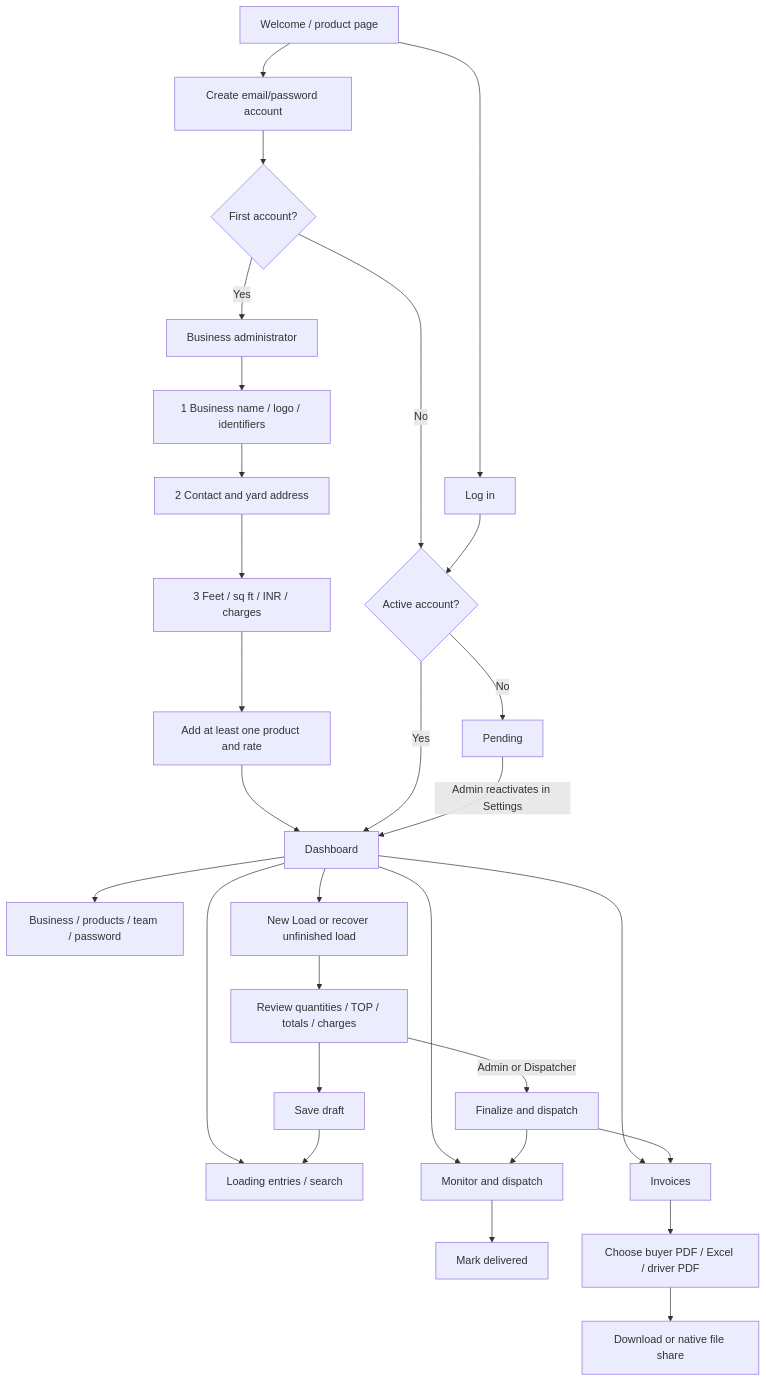
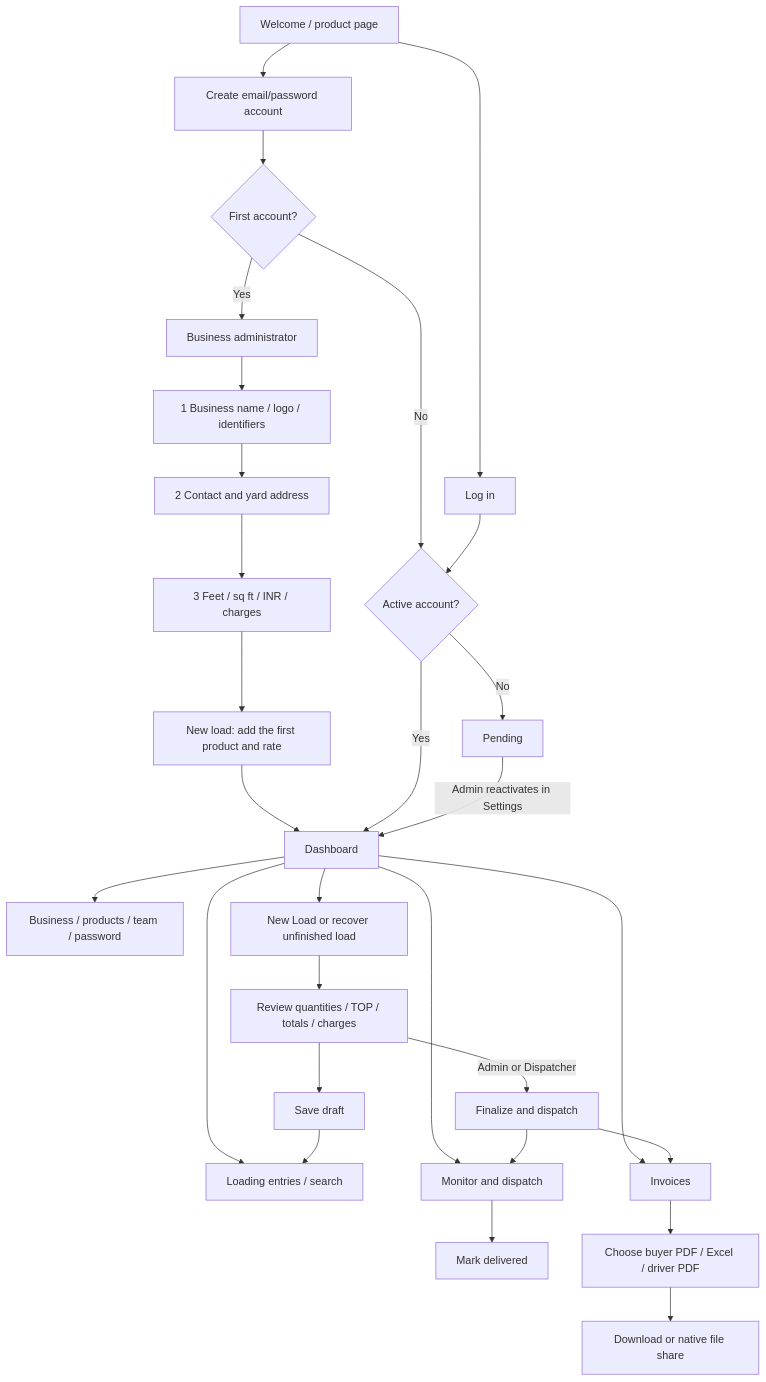
Before and after one commit to Siva-Pavan02/StoneDesk: the diagram in docs/UX-SPEC.md, drawn with Mermaid. The commit also changed other lines of this file and 151 other files, not shown here.

````diff
--- a/docs/UX-SPEC.md
+++ b/docs/UX-SPEC.md
@@ -5,31 +5,31 @@
 ```mermaid
 flowchart TD
     Landing[Welcome / product page] --> Signup[Create email/password account]
     Landing --> Login[Log in]
     Signup --> Owner{First account?}
     Owner -->|Yes| Admin[Business administrator]
     Owner -->|No| Active[Active Dispatcher account]
     Admin --> Business[1 Business name / logo / identifiers]
     Business --> Contact[2 Contact and yard address]
     Contact --> Defaults[3 Feet / sq ft / INR / charges]
-    Defaults --> Products[Add at least one product and rate]
+    Defaults --> Products[New load: add the first product and rate]
     Products --> Home[Dashboard]
     Login --> Active{Active account?}
     Active -->|No| Pending
     Active -->|Yes| Home
     Pending -->|Admin reactivates in Settings| Home
     Home --> Loads[Loading entries / search]
     Home --> Monitor[Monitor and dispatch]
     Home --> Invoices[Invoices]
     Home --> Settings[Business / products / team / password]
     Home --> New[New Load or recover unfinished load]
     New --> Review[Review quantities / TOP / totals / charges]
     Review --> Draft[Save draft]
     Draft --> Loads
     Review -->|Admin or Dispatcher| Final[Finalize and dispatch]
     Final --> Invoices
     Final --> Monitor
     Monitor --> Delivered[Mark delivered]
     Invoices --> Export[Choose buyer PDF / Excel / driver PDF]
     Export --> Download[Download or native file share]
 ```
````
